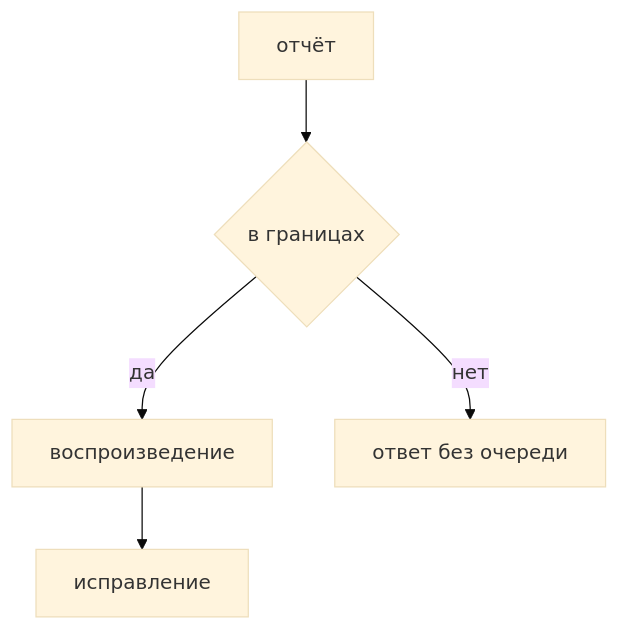
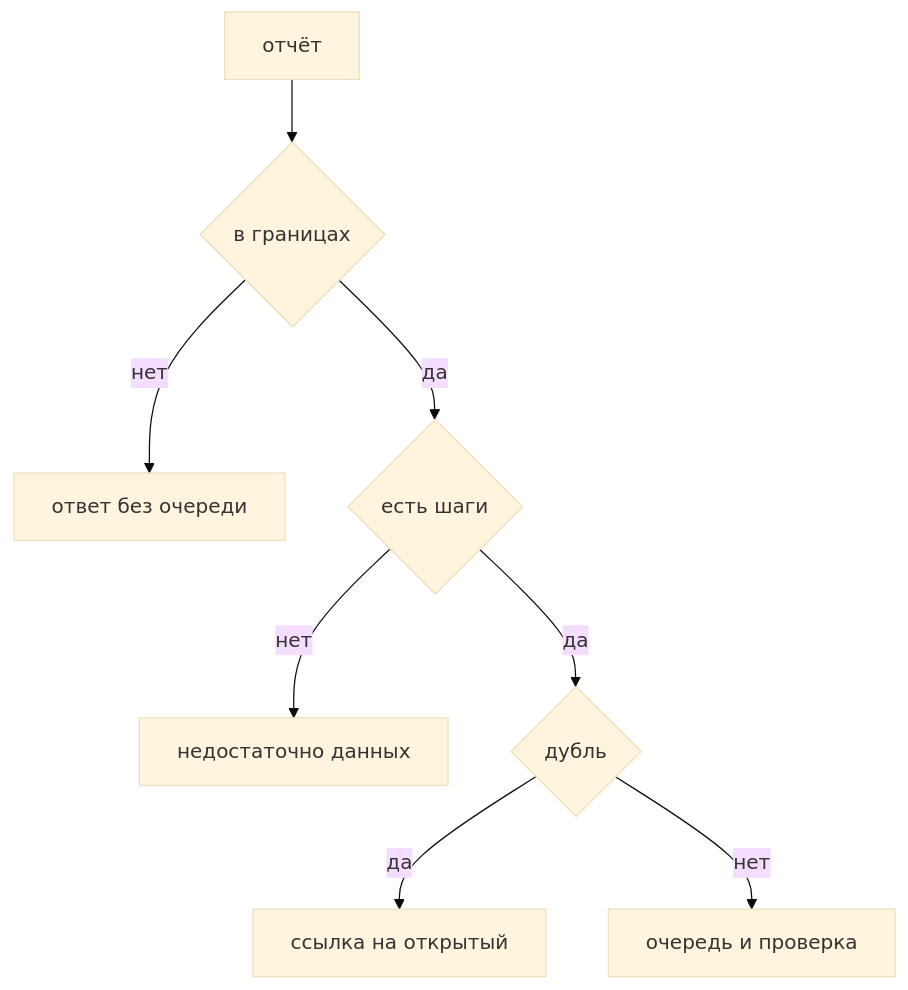
One commit to AlexanderNY/cursor_test changed the diagram in nine-to-eighteen/ui/src/data/learn/security/sec10-bug-bounty.md. Above: the diagram before and after it, drawn with Mermaid (base theme). The commit also changed other lines of this file and 40 other files, not shown here.

````diff
--- a/nine-to-eighteen/ui/src/data/learn/security/sec10-bug-bounty.md
+++ b/nine-to-eighteen/ui/src/data/learn/security/sec10-bug-bounty.md
@@ -52,7 +105,10 @@
 ```mermaid
 flowchart TD
   In[отчёт] --> Scope{в границах}
-  Scope -->|да| Repro[воспроизведение]
-  Repro --> Fix[исправление]
   Scope -->|нет| Out[ответ без очереди]
+  Scope -->|да| Steps{есть шаги}
+  Steps -->|нет| Need[недостаточно данных]
+  Steps -->|да| Dup{дубль}
+  Dup -->|да| Link[ссылка на открытый]
+  Dup -->|нет| Fix[очередь и проверка]
 ```
````
